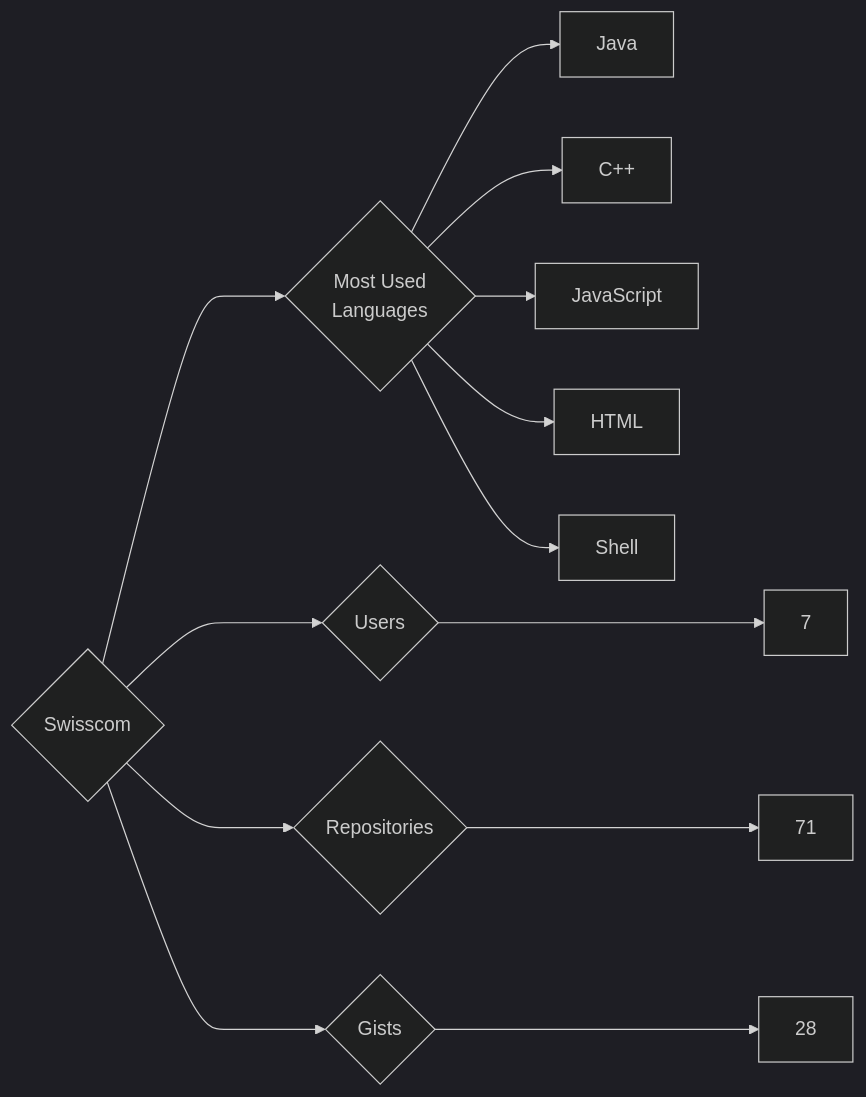
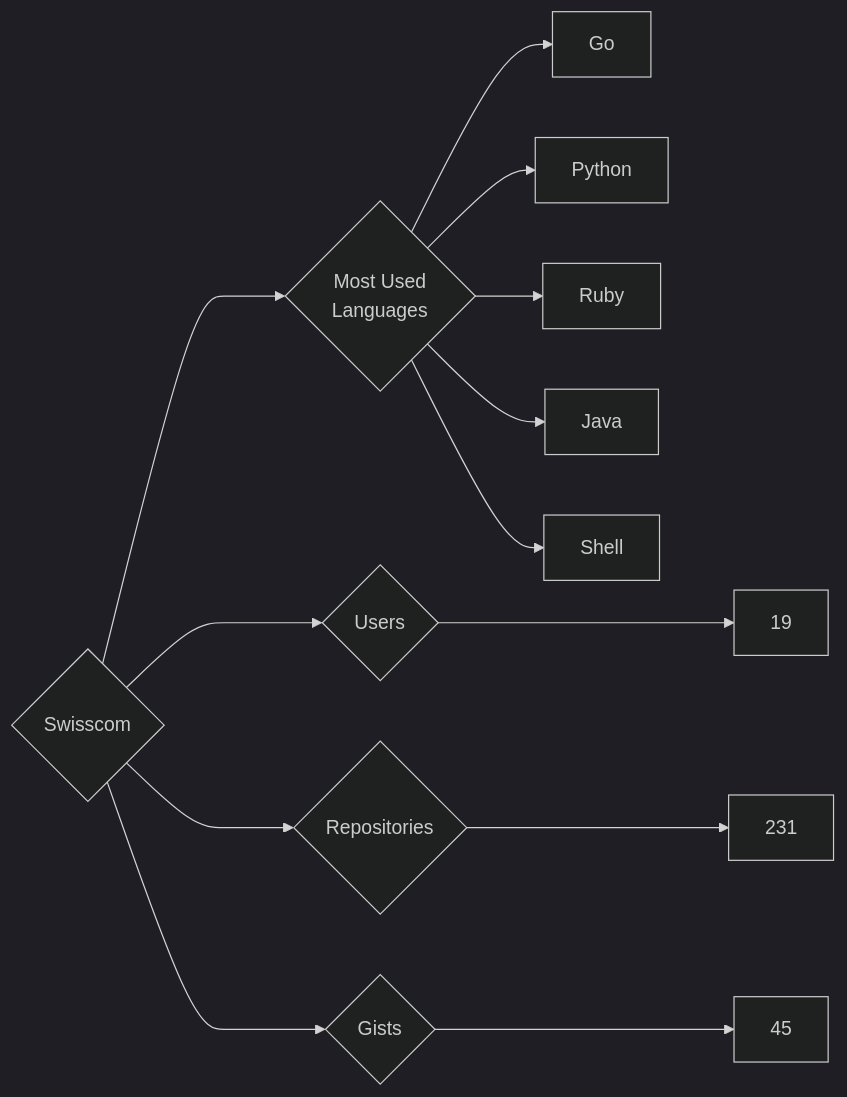
One commit to trickest/insiders changed the diagram in targets/Swisscom/README.md. Above: the diagram before and after it, drawn with Mermaid (dark theme). The commit also changed 797 other files, not shown here.

````diff
--- a/targets/Swisscom/README.md
+++ b/targets/Swisscom/README.md
@@ -3,13 +3,13 @@
 ```mermaid
 graph LR
 COMPANY_NAME{Swisscom}
-COMPANY_NAME ---> U{Users} ---> UN[7]
-COMPANY_NAME ---> R{Repositories} ---> RN[71]
-COMPANY_NAME ---> G{Gists} ---> GN[28]
+COMPANY_NAME ---> U{Users} ---> UN[19]
+COMPANY_NAME ---> R{Repositories} ---> RN[231]
+COMPANY_NAME ---> G{Gists} ---> GN[45]
 COMPANY_NAME ---> ML{Most Used<br>Languages}
+ML --> Go[Go]
+ML --> Python[Python]
+ML --> Ruby[Ruby]
 ML --> Java[Java]
-ML --> C++[C++]
-ML --> JavaScript[JavaScript]
-ML --> HTML[HTML]
 ML --> Shell[Shell]
 ```
````
